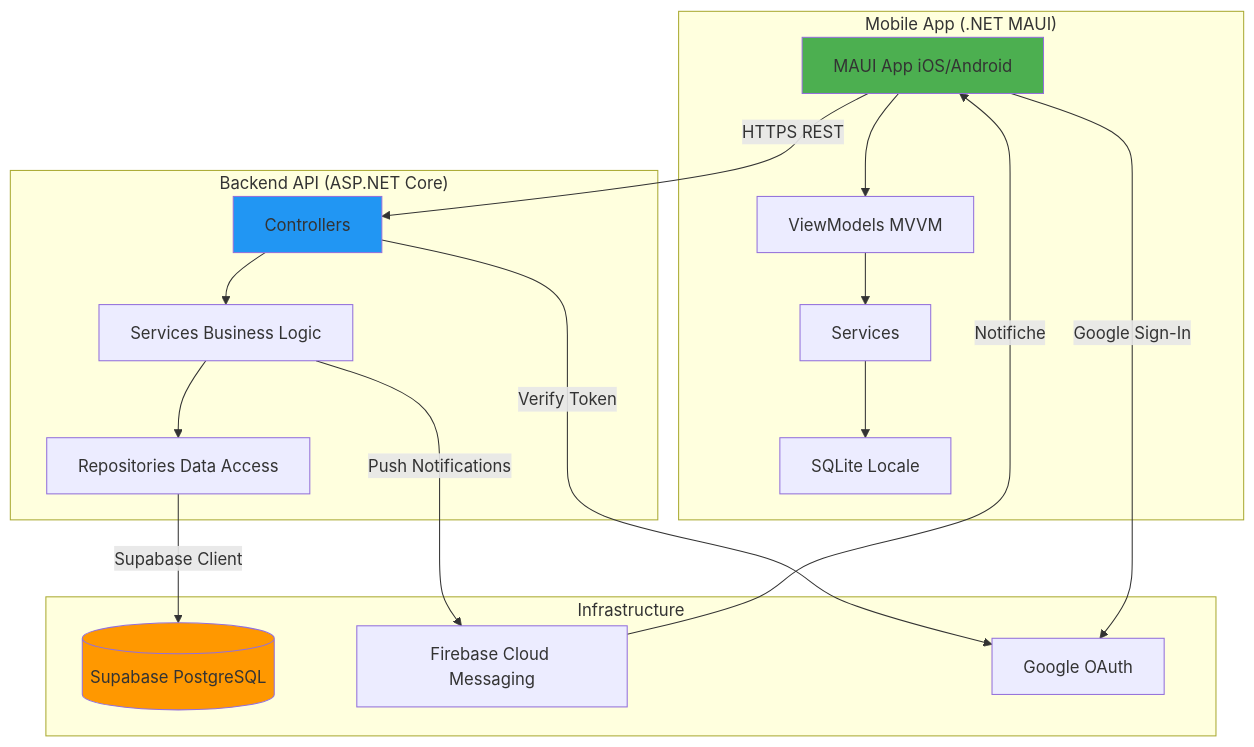
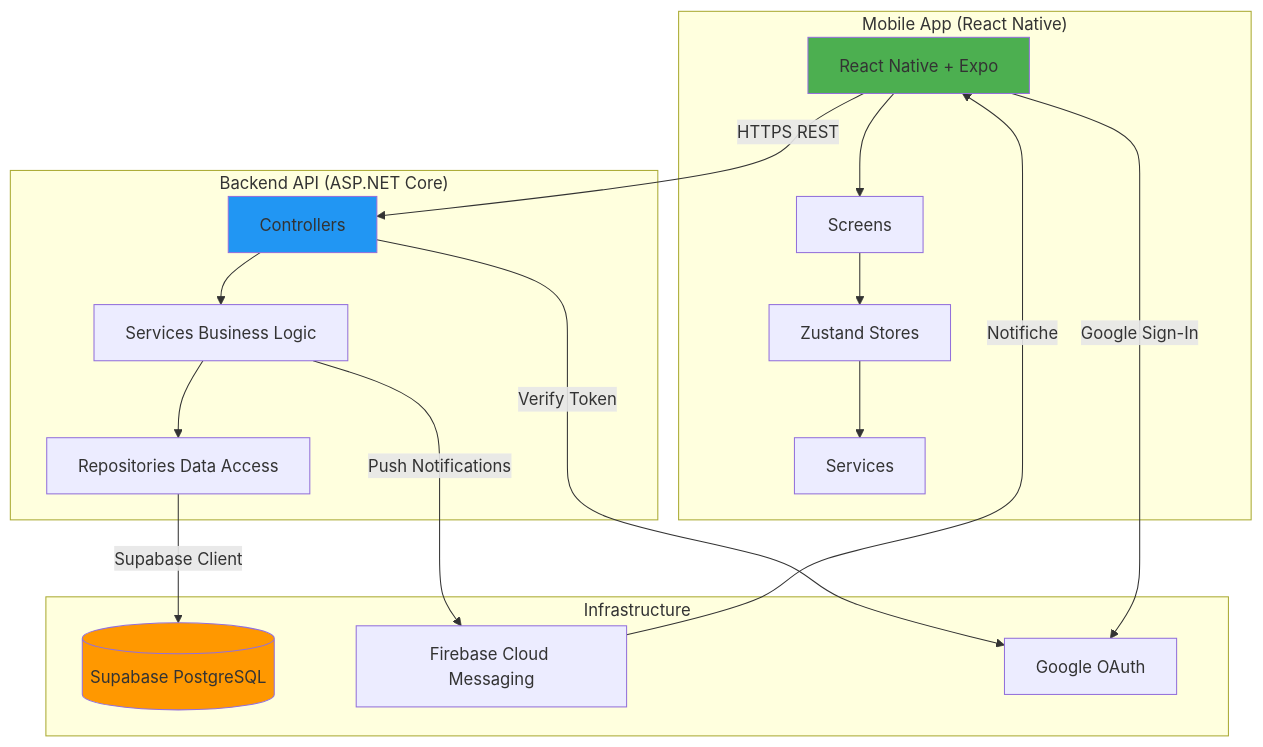
Before and after one commit to 20031781/Shared-Expense-Management-App: the first of 7 diagrams in ARCHITECTURE.md, drawn with Mermaid. The commit also changed other lines of this file and 11 other files, not shown here.

````diff
--- a/ARCHITECTURE.md
+++ b/ARCHITECTURE.md
@@ -5,39 +5,39 @@
 ```mermaid
 graph TB
-    subgraph "Mobile App (.NET MAUI)"
-        MA[MAUI App iOS/Android]
-        VM[ViewModels MVVM]
+    subgraph "Mobile App (React Native)"
+        MA[React Native + Expo]
+        SC[Screens]
+        ST[Zustand Stores]
         SV[Services]
-        DB[SQLite Locale]
 
-        MA --> VM
-        VM --> SV
-        SV --> DB
+        MA --> SC
+        SC --> ST
+        ST --> SV
     end
 
     subgraph "Backend API (ASP.NET Core)"
         API[Controllers]
         BL[Services Business Logic]
         REPO[Repositories Data Access]
 
         API --> BL
         BL --> REPO
     end
 
     subgraph "Infrastructure"
         SUPABASE[(Supabase PostgreSQL)]
         FCM[Firebase Cloud Messaging]
         OAUTH[Google OAuth]
     end
 
     MA -->|HTTPS REST| API
     REPO -->|Supabase Client| SUPABASE
     BL -->|Push Notifications| FCM
     API -->|Verify Token| OAUTH
     MA -->|Google Sign-In| OAUTH
     FCM -->|Notifiche| MA
 
     style MA fill:#4CAF50
     style API fill:#2196F3
     style SUPABASE fill:#FF9800
 ```
````
